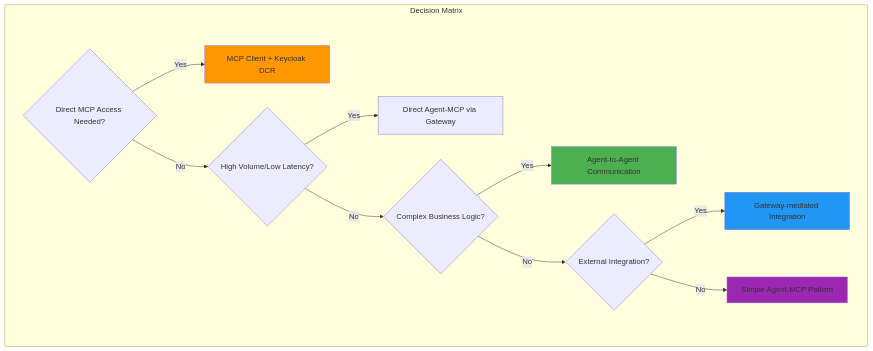
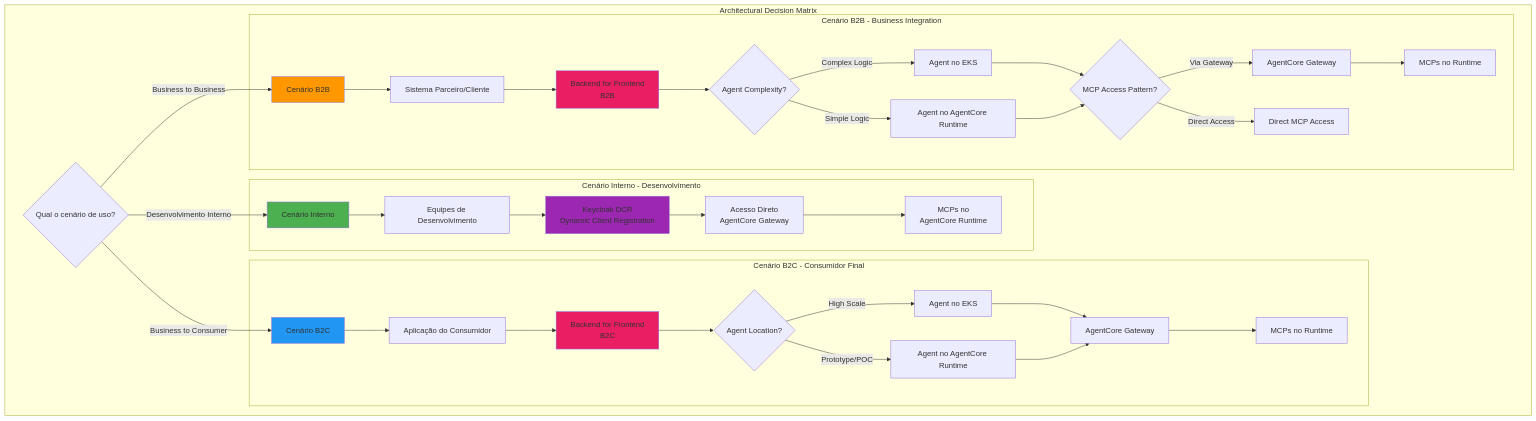
Before and after one commit to thiagodavala/ai-foundation-arch: the third of 24 diagrams in README.md, drawn with Mermaid. The commit also changed other lines of this file, not shown here.

````diff
--- a/README.md
+++ b/README.md
@@ -205,23 +162,48 @@
 ```mermaid
 graph TD
-    subgraph "Decision Matrix"
-        D1{Direct MCP Access Needed?}
-        D2{High Volume/Low Latency?}
-        D3{Complex Business Logic?}
-        D4{External Integration?}
+    subgraph "Architectural Decision Matrix"
+        START{Qual o cenário de uso?}
         
-        D1 -->|Yes| CLIENT[MCP Client + Keycloak DCR]
-        D1 -->|No| D2
-        D2 -->|Yes| DIRECT[Direct Agent-MCP via Gateway]
-        D2 -->|No| D3
-        D3 -->|Yes| A2A[Agent-to-Agent Communication]
-        D3 -->|No| D4
-        D4 -->|Yes| GATEWAY[Gateway-mediated Integration]
-        D4 -->|No| SIMPLE[Simple Agent-MCP Pattern]
+        START -->|Desenvolvimento Interno| INTERNO[Cenário Interno]
+        START -->|Business to Consumer| B2C[Cenário B2C]
+        START -->|Business to Business| B2B[Cenário B2B]
+        
+        subgraph "Cenário Interno - Desenvolvimento"
+            INTERNO --> DEV_TEAM[Equipes de Desenvolvimento]
+            DEV_TEAM --> KEYCLOAK_DCR[Keycloak DCR<br/>Dynamic Client Registration]
+            KEYCLOAK_DCR --> DIRECT_GATEWAY[Acesso Direto<br/>AgentCore Gateway]
+            DIRECT_GATEWAY --> RUNTIME_MCP[MCPs no<br/>AgentCore Runtime]
+        end
+        
+        subgraph "Cenário B2C - Consumidor Final"
+            B2C --> CONSUMER[Aplicação do Consumidor]
+            CONSUMER --> BFF_B2C[Backend for Frontend<br/>B2C]
+            BFF_B2C --> AGENT_B2C{Agent Location?}
+            AGENT_B2C -->|High Scale| EKS_B2C[Agent no EKS]
+            AGENT_B2C -->|Prototype/POC| RUNTIME_B2C[Agent no AgentCore Runtime]
+            EKS_B2C --> GATEWAY_B2C[AgentCore Gateway]
+            RUNTIME_B2C --> GATEWAY_B2C
+            GATEWAY_B2C --> MCP_B2C[MCPs no Runtime]
+        end
+        
+        subgraph "Cenário B2B - Business Integration"
+            B2B --> PARTNER[Sistema Parceiro/Cliente]
+            PARTNER --> BFF_B2B[Backend for Frontend<br/>B2B]
+            BFF_B2B --> AGENT_B2B{Agent Complexity?}
+            AGENT_B2B -->|Complex Logic| EKS_B2B[Agent no EKS]
+            AGENT_B2B -->|Simple Logic| RUNTIME_B2B[Agent no AgentCore Runtime]
+            EKS_B2B --> DECISION_B2B{MCP Access Pattern?}
+            RUNTIME_B2B --> DECISION_B2B
+            DECISION_B2B -->|Via Gateway| GATEWAY_B2B[AgentCore Gateway]
+            DECISION_B2B -->|Direct Access| DIRECT_MCP[Direct MCP Access]
+            GATEWAY_B2B --> MCP_B2B[MCPs no Runtime]
+        end
     end
     
-    style CLIENT fill:#ff9800
-    style A2A fill:#4caf50
-    style GATEWAY fill:#2196f3
-    style SIMPLE fill:#9c27b0
+    style INTERNO fill:#4caf50
+    style B2C fill:#2196f3
+    style B2B fill:#ff9800
+    style KEYCLOAK_DCR fill:#9c27b0
+    style BFF_B2C fill:#e91e63
+    style BFF_B2B fill:#e91e63
 ```
````
